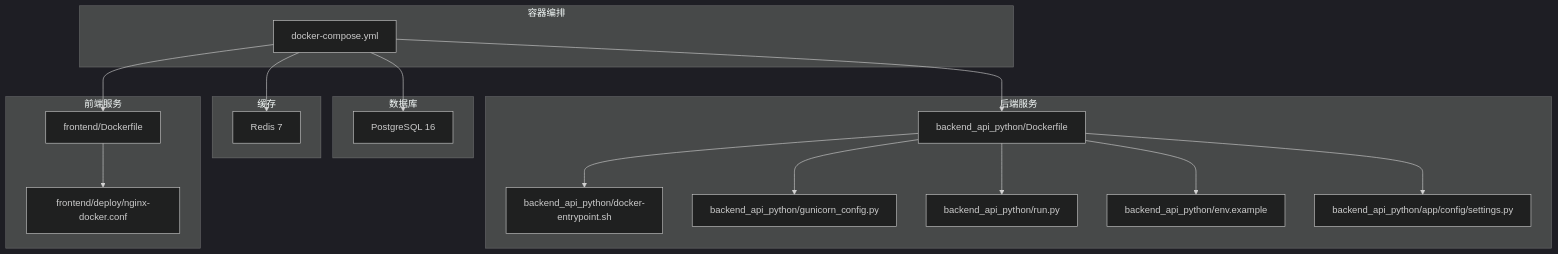
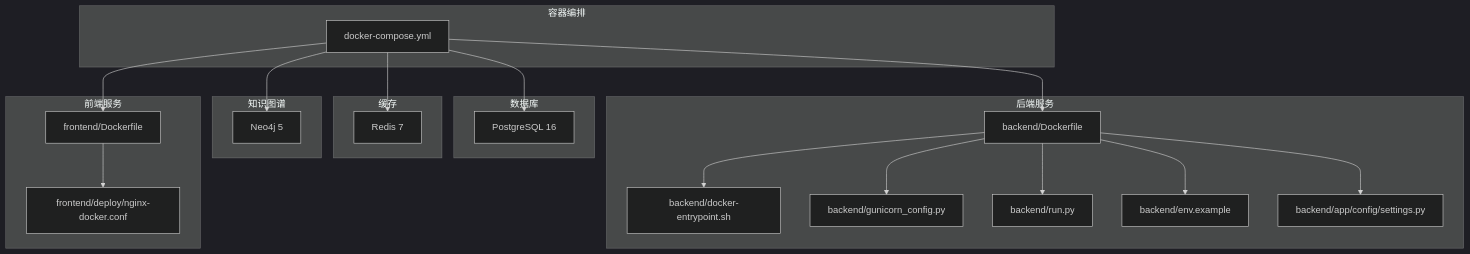
One commit to joezxh/QuantDinger changed the first of 5 diagrams in .qoder/repowiki/zh/content/部署运维/Docker容器化部署.md. Above: the diagram before and after it, drawn with Mermaid (dark theme). The commit also changed other lines of this file and 39 other files, not shown here.

````diff
--- a/.qoder/repowiki/zh/content/部署运维/Docker容器化部署.md
+++ b/.qoder/repowiki/zh/content/部署运维/Docker容器化部署.md
@@ -39,34 +37,38 @@
 ```mermaid
 graph TB
 subgraph "容器编排"
 DC["docker-compose.yml"]
 end
 subgraph "后端服务"
-BDF["backend_api_python/Dockerfile"]
-BE["backend_api_python/docker-entrypoint.sh"]
-GR["backend_api_python/gunicorn_config.py"]
-RUN["backend_api_python/run.py"]
-CFG["backend_api_python/env.example"]
-SET["backend_api_python/app/config/settings.py"]
+BDF["backend/Dockerfile"]
+BE["backend/docker-entrypoint.sh"]
+GR["backend/gunicorn_config.py"]
+RUN["backend/run.py"]
+CFG["backend/env.example"]
+SET["backend/app/config/settings.py"]
 end
 subgraph "数据库"
 PG["PostgreSQL 16"]
 end
 subgraph "缓存"
 RD["Redis 7"]
 end
+subgraph "知识图谱"
+NG["Neo4j 5"]
+end
 subgraph "前端服务"
 FDF["frontend/Dockerfile"]
-NG["frontend/deploy/nginx-docker.conf"]
+NGINX["frontend/deploy/nginx-docker.conf"]
 end
 DC --> PG
 DC --> RD
+DC --> NG
 DC --> BDF
 DC --> FDF
 BDF --> BE
 BDF --> GR
 BDF --> RUN
 BDF --> CFG
 BDF --> SET
-FDF --> NG
+FDF --> NGINX
 ```
````
